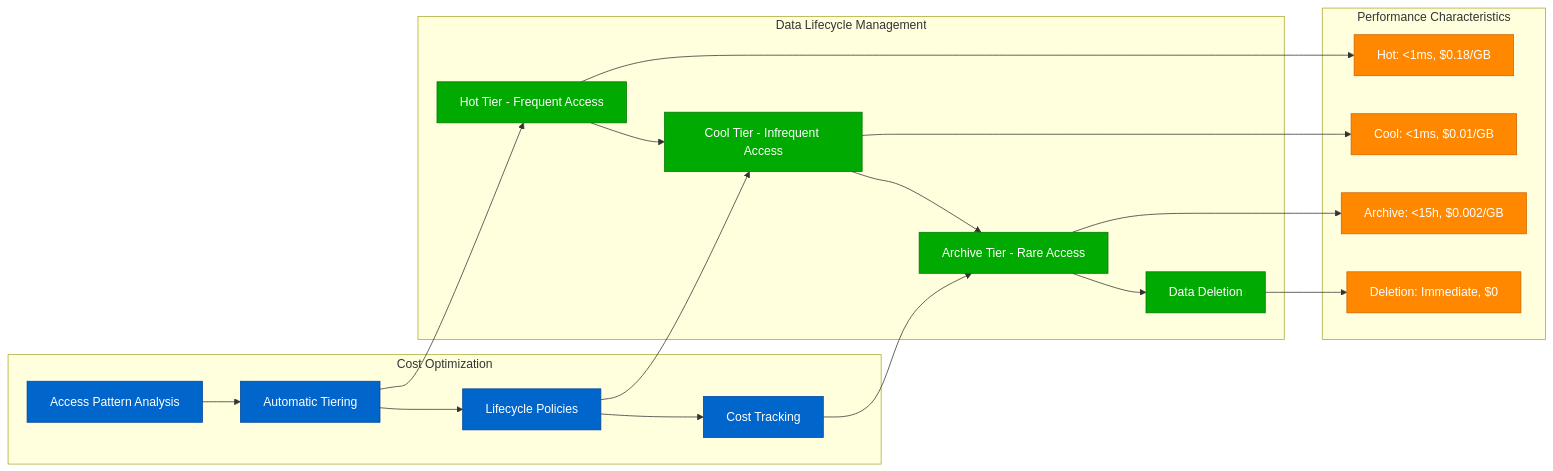
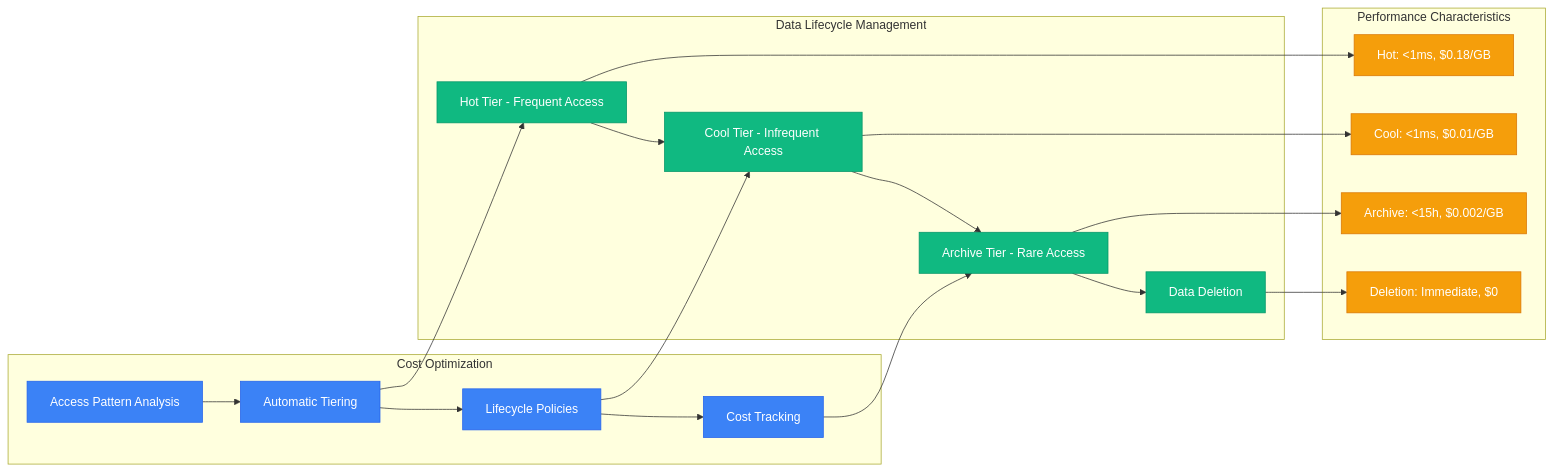
Before and after one commit to deepaucksharma/DS: the sixth of 9 diagrams in site/docs/systems/microsoft/storage-architecture.md, drawn with Mermaid. The commit also changed other lines of this file and 303 other files, not shown here.

````diff
--- a/site/docs/systems/microsoft/storage-architecture.md
+++ b/site/docs/systems/microsoft/storage-architecture.md
@@ -371,52 +371,52 @@
 ```mermaid
 graph LR
     subgraph DataLifecycle[Data Lifecycle Management]
         HOT_DATA[Hot Tier - Frequent Access]
         COOL_DATA[Cool Tier - Infrequent Access]
         ARCHIVE_DATA[Archive Tier - Rare Access]
         DELETION[Data Deletion]
     end
 
     subgraph CostOptimization[Cost Optimization]
         ACCESS_PATTERN[Access Pattern Analysis]
         AUTO_TIERING[Automatic Tiering]
         LIFECYCLE_POLICY[Lifecycle Policies]
         COST_TRACKING[Cost Tracking]
     end
 
     subgraph PerformanceMetrics[Performance Characteristics]
         HOT_PERF[Hot: <1ms, $0.18/GB]
         COOL_PERF[Cool: <1ms, $0.01/GB]
         ARCHIVE_PERF[Archive: <15h, $0.002/GB]
         DELETE_PERF[Deletion: Immediate, $0]
     end
 
     %% Lifecycle transitions
     HOT_DATA --> COOL_DATA
     COOL_DATA --> ARCHIVE_DATA
     ARCHIVE_DATA --> DELETION
 
     %% Optimization mechanisms
     ACCESS_PATTERN --> AUTO_TIERING
     AUTO_TIERING --> LIFECYCLE_POLICY
     LIFECYCLE_POLICY --> COST_TRACKING
 
     %% Performance mapping
     HOT_DATA --> HOT_PERF
     COOL_DATA --> COOL_PERF
     ARCHIVE_DATA --> ARCHIVE_PERF
     DELETION --> DELETE_PERF
 
     %% Cross-connections
     AUTO_TIERING --> HOT_DATA
     LIFECYCLE_POLICY --> COOL_DATA
     COST_TRACKING --> ARCHIVE_DATA
 
-    classDef lifecycleStyle fill:#00AA00,stroke:#007700,color:#fff
-    classDef optimizationStyle fill:#0066CC,stroke:#004499,color:#fff
-    classDef performanceStyle fill:#FF8800,stroke:#CC6600,color:#fff
+    classDef lifecycleStyle fill:#10B981,stroke:#059669,color:#fff
+    classDef optimizationStyle fill:#3B82F6,stroke:#2563EB,color:#fff
+    classDef performanceStyle fill:#F59E0B,stroke:#D97706,color:#fff
 
     class HOT_DATA,COOL_DATA,ARCHIVE_DATA,DELETION lifecycleStyle
     class ACCESS_PATTERN,AUTO_TIERING,LIFECYCLE_POLICY,COST_TRACKING optimizationStyle
     class HOT_PERF,COOL_PERF,ARCHIVE_PERF,DELETE_PERF performanceStyle
 ```
````
